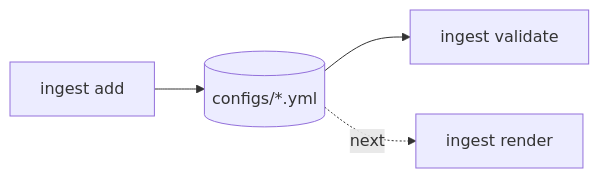
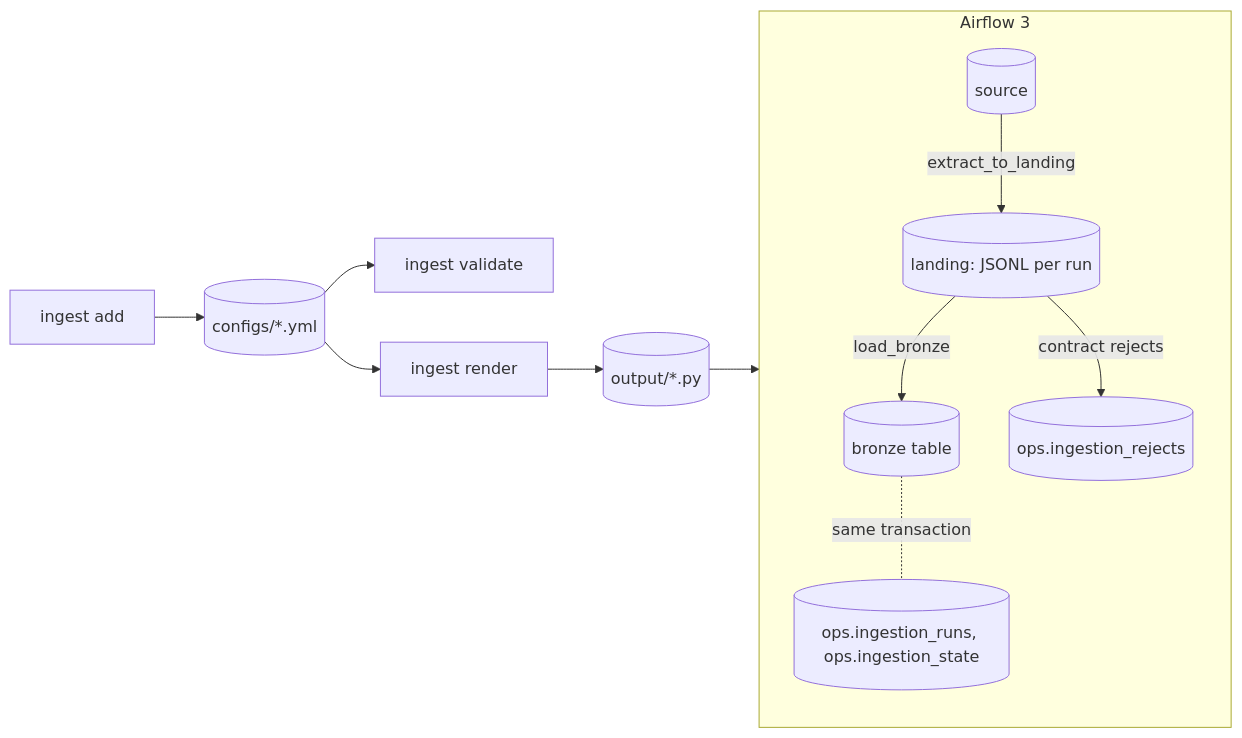
Before and after one commit to emanuel-luis/ingestion-toolkit: the diagram in README.md, drawn with Mermaid. The commit also changed other lines of this file and 3 other files, not shown here.

Commit message:
docs: document ingest render and the generated DAGs

````diff
--- a/README.md
+++ b/README.md
@@ -21,5 +23,12 @@
 ```mermaid
 flowchart LR
   A[ingest add] --> C[(configs/*.yml)] --> V[ingest validate]
-  C -.next.-> R[ingest render]
+  C --> R[ingest render] --> D[(output/*.py)]
+  D --> AF
+  subgraph AF[Airflow 3]
+    S[(source)] -->|extract_to_landing| L[(landing: JSONL per run)]
+    L -->|load_bronze| B[(bronze table)]
+    L -->|contract rejects| X[(ops.ingestion_rejects)]
+    B -.same transaction.- M[(ops.ingestion_runs, ops.ingestion_state)]
+  end
 ```
````
